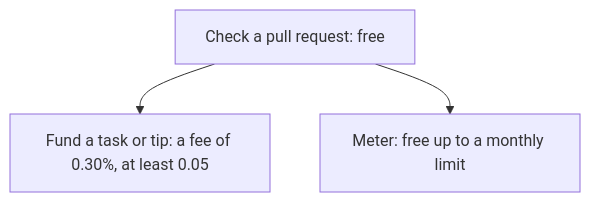
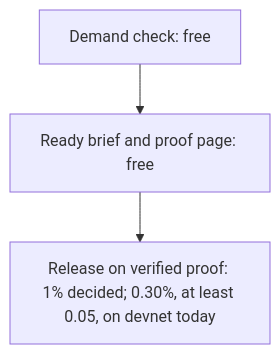
The diagram in docs/PRICING.md (Lucho-design1/Knos), drawn with Mermaid before and after one commit. The commit also changed other lines of this file and 29 other files, not shown here.

````diff
--- a/docs/PRICING.md
+++ b/docs/PRICING.md
@@ -31,8 +31,8 @@
 ```mermaid
 flowchart TB
-    check["Check a pull request: free"]
-    paid["Fund a task or tip: a fee of 0.30%, at least 0.05"]
-    meter["Meter: free up to a monthly limit"]
-    check --> paid
-    check --> meter
+    check["Demand check: free"]
+    brief["Ready brief and proof page: free"]
+    paid["Release on verified proof: 1% decided; 0.30%, at least 0.05, on devnet today"]
+    check --> brief
+    brief --> paid
 ```
````
